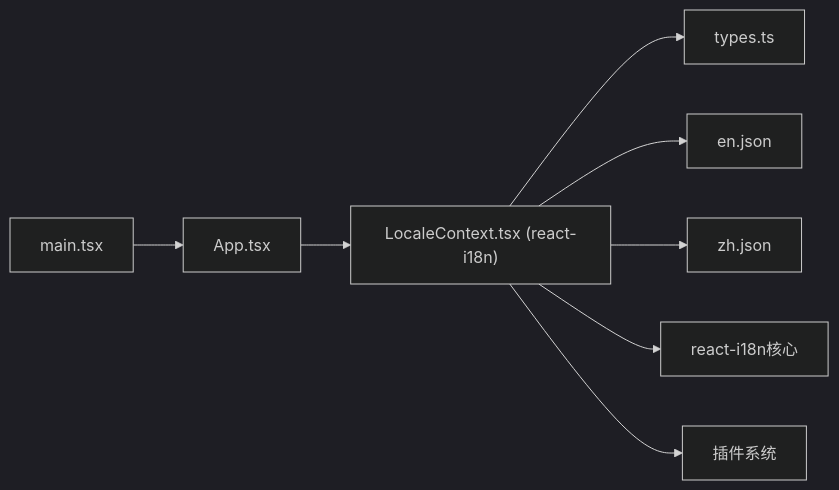
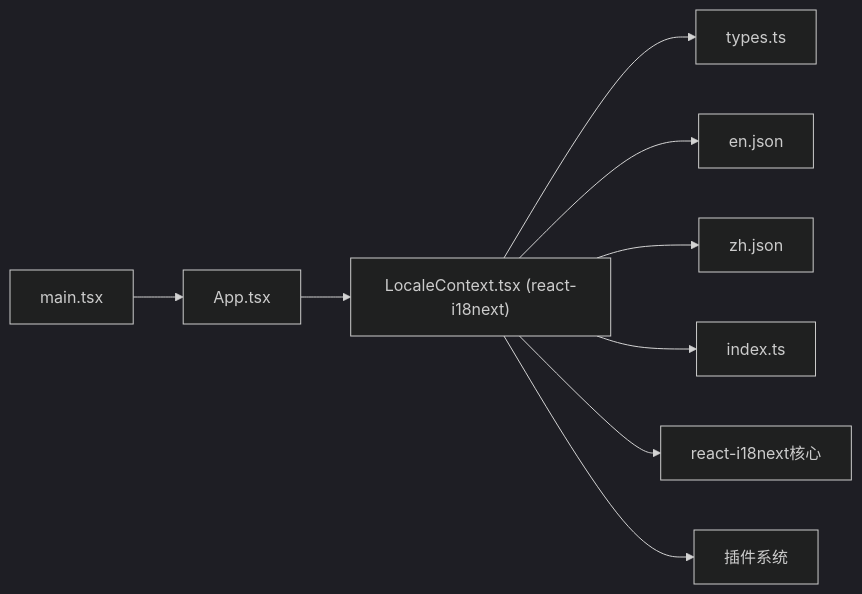
One commit to Hu-Right/supply-os changed the fifth of 5 diagrams in .qoder/repowiki/zh/content/国际化系统.md. Above: the diagram before and after it, drawn with Mermaid (dark theme). The commit also changed other lines of this file and 16 other files, not shown here.

````diff
--- a/.qoder/repowiki/zh/content/国际化系统.md
+++ b/.qoder/repowiki/zh/content/国际化系统.md
@@ -332,10 +340,11 @@
 ```mermaid
 graph LR
 Main["main.tsx"] --> App["App.tsx"]
-App --> Ctx["LocaleContext.tsx (react-i18n)"]
+App --> Ctx["LocaleContext.tsx (react-i18next)"]
 Ctx --> Types["types.ts"]
 Ctx --> En["en.json"]
 Ctx --> Zh["zh.json"]
-Ctx --> I18nCore["react-i18n核心"]
+Ctx --> Index["index.ts"]
+Ctx --> I18nCore["react-i18next核心"]
 Ctx --> Plugins["插件系统"]
 ```
````
